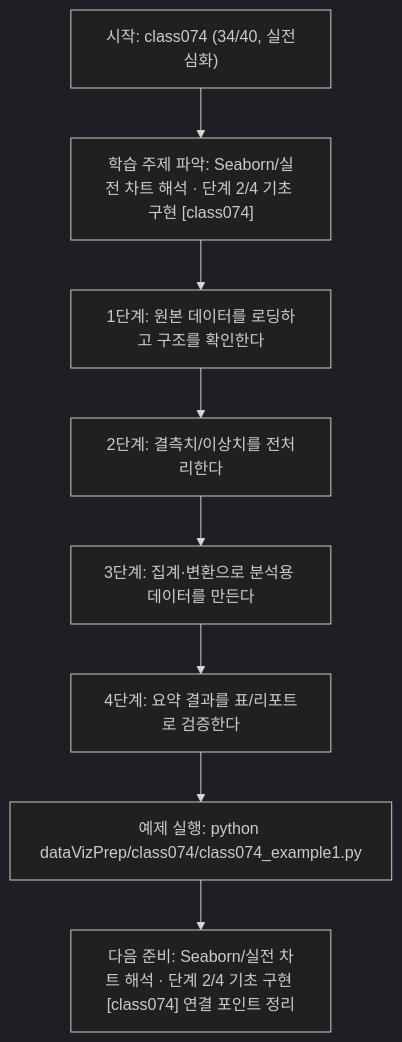
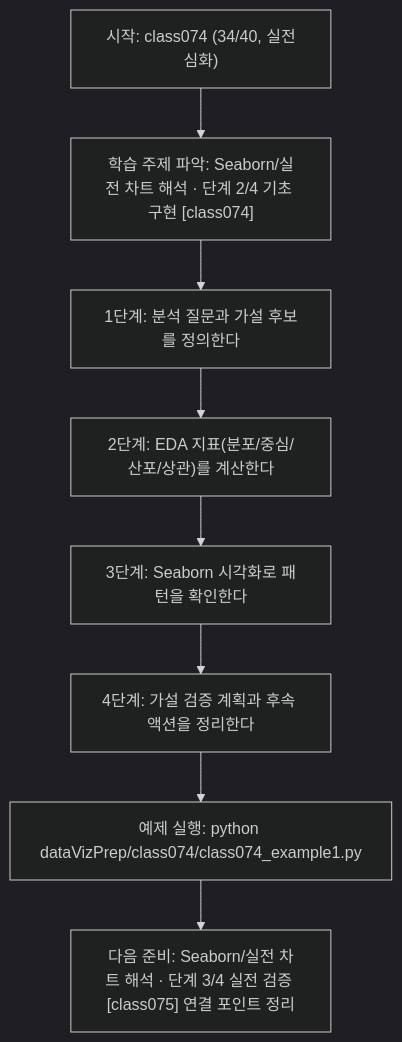
The diagram in dataVizPrep/class074/class074.md (edumgt/Python-AI_Agent-Class), drawn with Mermaid (dark theme) before and after one commit. The commit also changed other lines of this file and 283 other files, not shown here.

````diff
--- a/dataVizPrep/class074/class074.md
+++ b/dataVizPrep/class074/class074.md
@@ -112,18 +92,18 @@
 ```mermaid
 flowchart TD
 N1["시작: class074 (34/40, 실전심화)"]
 N2["학습 주제 파악: Seaborn/실전 차트 해석 · 단계 2/4 기초 구현 [class074]"]
-N3["1단계: 원본 데이터를 로딩하고 구조를 확인한다"]
-N4["2단계: 결측치/이상치를 전처리한다"]
-N5["3단계: 집계·변환으로 분석용 데이터를 만든다"]
-N6["4단계: 요약 결과를 표/리포트로 검증한다"]
+N3["1단계: 분석 질문과 가설 후보를 정의한다"]
+N4["2단계: EDA 지표(분포/중심/산포/상관)를 계산한다"]
+N5["3단계: Seaborn 시각화로 패턴을 확인한다"]
+N6["4단계: 가설 검증 계획과 후속 액션을 정리한다"]
 N7["예제 실행: python dataVizPrep/class074/class074_example1.py"]
-N8["다음 준비: Seaborn/실전 차트 해석 · 단계 2/4 기초 구현 [class074] 연결 포인트 정리"]
+N8["다음 준비: Seaborn/실전 차트 해석 · 단계 3/4 실전 검증 [class075] 연결 포인트 정리"]
 N1 --> N2
 N2 --> N3
 N3 --> N4
 N4 --> N5
 N5 --> N6
 N6 --> N7
 N7 --> N8
 ```
````
